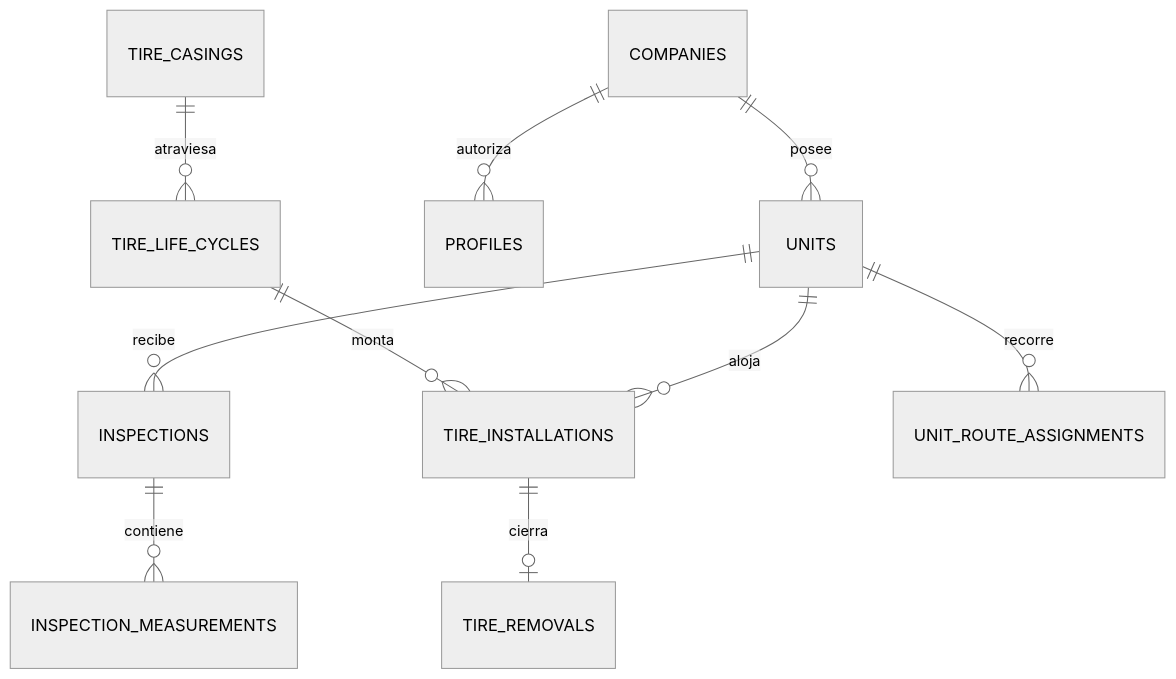
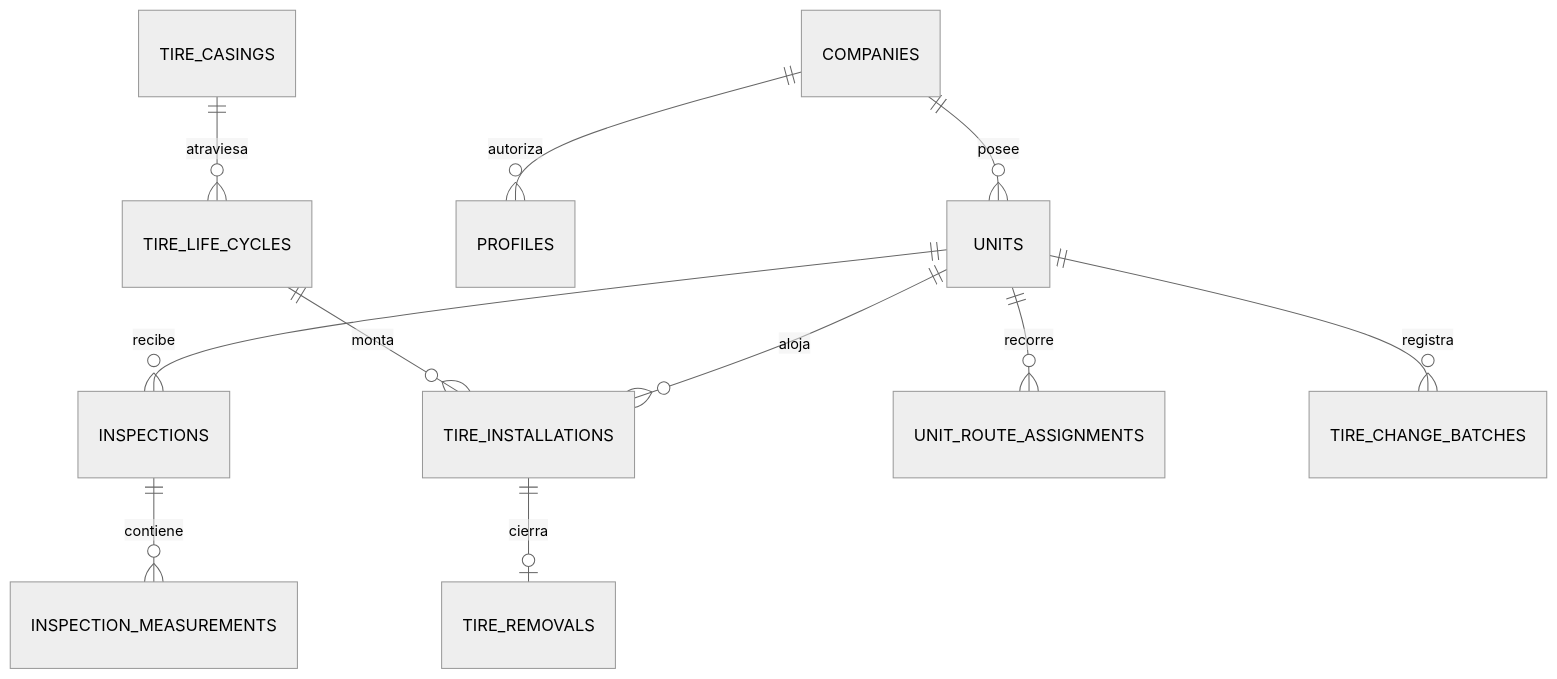
One commit to vinelt76/RENOVA-INSPECTOR changed the diagram in knowledge/ai/05 - Datos y Supabase.md. Above: the diagram before and after it, drawn with Mermaid (neutral theme). The commit also changed other lines of this file and 81 other files, not shown here.

````diff
--- a/knowledge/ai/05 - Datos y Supabase.md
+++ b/knowledge/ai/05 - Datos y Supabase.md
@@ -21,12 +21,13 @@
 ```mermaid
 erDiagram
   COMPANIES ||--o{ UNITS : posee
   COMPANIES ||--o{ PROFILES : autoriza
   UNITS ||--o{ INSPECTIONS : recibe
   INSPECTIONS ||--o{ INSPECTION_MEASUREMENTS : contiene
   TIRE_CASINGS ||--o{ TIRE_LIFE_CYCLES : atraviesa
   TIRE_LIFE_CYCLES ||--o{ TIRE_INSTALLATIONS : monta
   TIRE_INSTALLATIONS ||--o| TIRE_REMOVALS : cierra
   UNITS ||--o{ TIRE_INSTALLATIONS : aloja
   UNITS ||--o{ UNIT_ROUTE_ASSIGNMENTS : recorre
+  UNITS ||--o{ TIRE_CHANGE_BATCHES : registra
 ```
````
